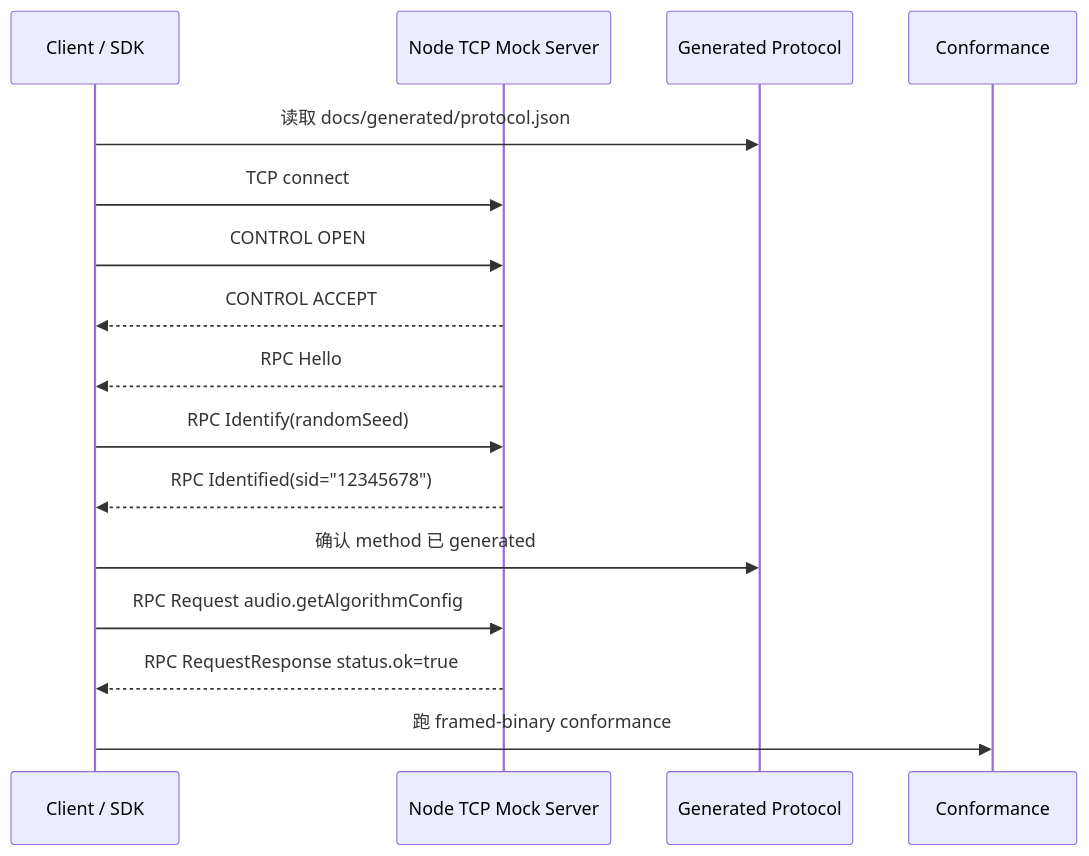
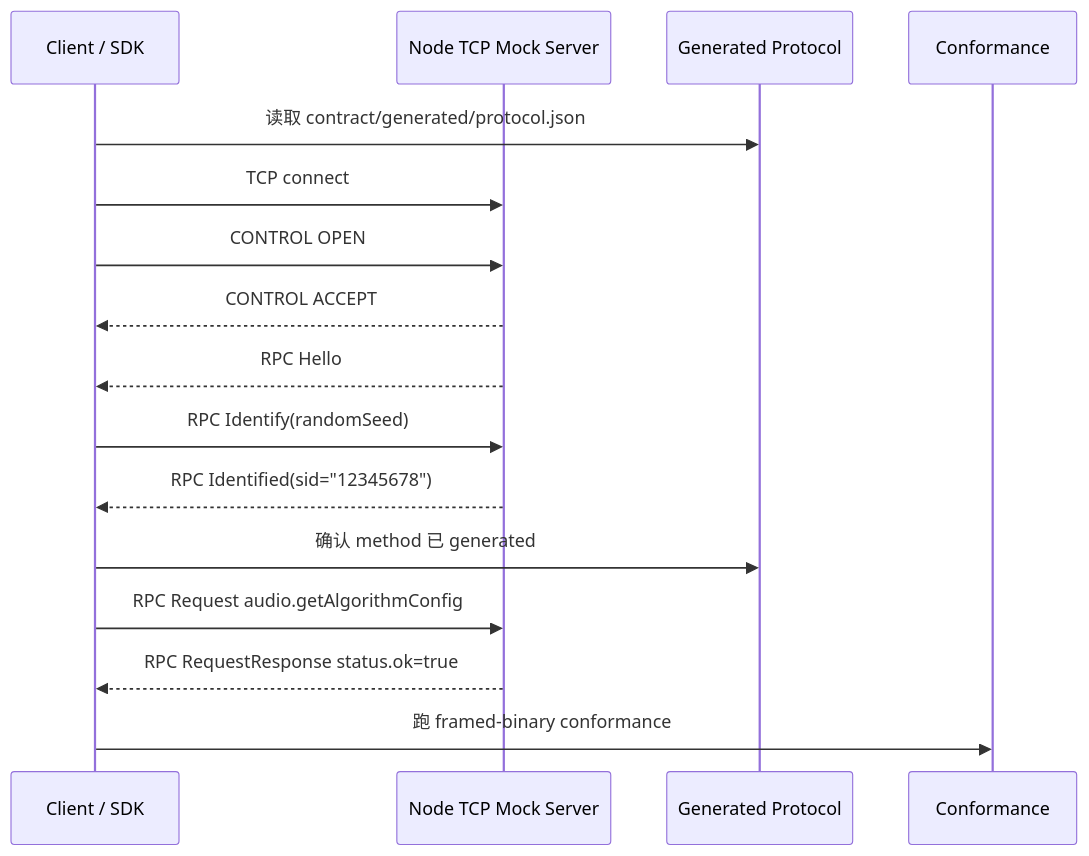
One commit to Mostorm-Labs/axtp changed the diagram in docs/guides/runtime.md. Above: the diagram before and after it, drawn with Mermaid. The commit also changed other lines of this file and 623 other files, not shown here.

````diff
--- a/docs/guides/runtime.md
+++ b/docs/guides/runtime.md
@@ -59,19 +59,19 @@
 ```mermaid
 sequenceDiagram
     participant C as Client / SDK
     participant S as Node TCP Mock Server
     participant G as Generated Protocol
     participant T as Conformance
 
-    C->>G: 读取 docs/generated/protocol.json
+    C->>G: 读取 contract/generated/protocol.json
     C->>S: TCP connect
     C->>S: CONTROL OPEN
     S-->>C: CONTROL ACCEPT
     S-->>C: RPC Hello
     C->>S: RPC Identify(randomSeed)
     S-->>C: RPC Identified(sid="12345678")
     C->>G: 确认 method 已 generated
     C->>S: RPC Request audio.getAlgorithmConfig
     S-->>C: RPC RequestResponse status.ok=true
     C->>T: 跑 framed-binary conformance
 ```
````
